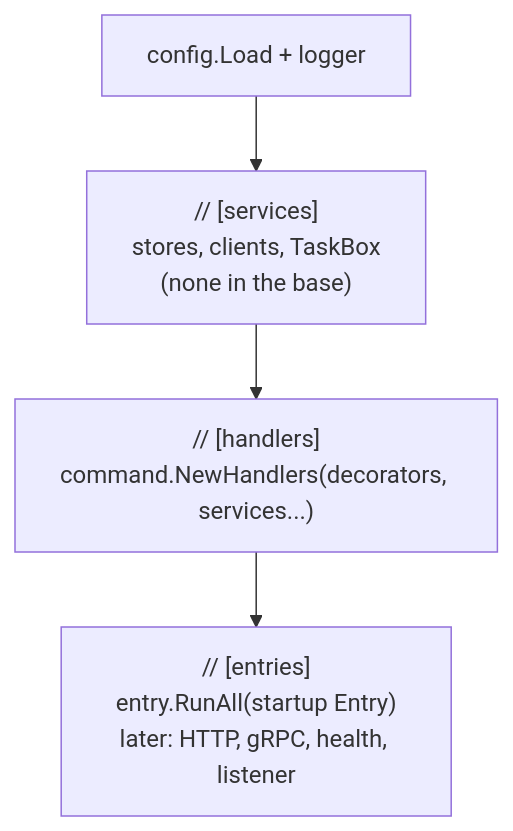
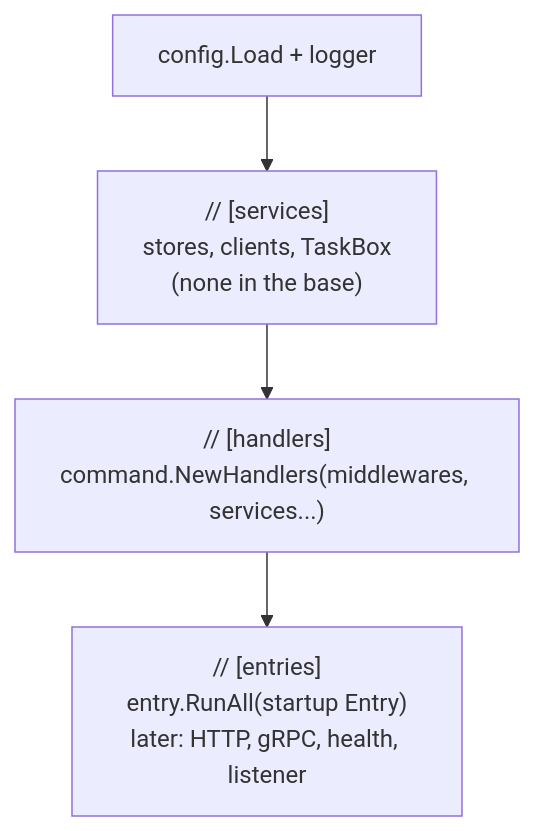
Before and after one commit to InsonusK/ai-skills: the diagram in library/architecture/go/base-plateau-in-go.skill/glossary/composition-root.md, drawn with Mermaid. The commit also changed other lines of this file and 16 other files, not shown here.

````diff
--- a/library/architecture/go/base-plateau-in-go.skill/glossary/composition-root.md
+++ b/library/architecture/go/base-plateau-in-go.skill/glossary/composition-root.md
@@ -15,6 +15,6 @@
 ```mermaid
 flowchart TB
     C["config.Load + logger"] --> S["// [services]<br/>stores, clients, TaskBox<br/>(none in the base)"]
-    S --> H["// [handlers]<br/>command.NewHandlers(decorators, services...)"]
+    S --> H["// [handlers]<br/>command.NewHandlers(middlewares, services...)"]
     H --> E["// [entries]<br/>entry.RunAll(startup Entry)<br/>later: HTTP, gRPC, health, listener"]
 ```
````
